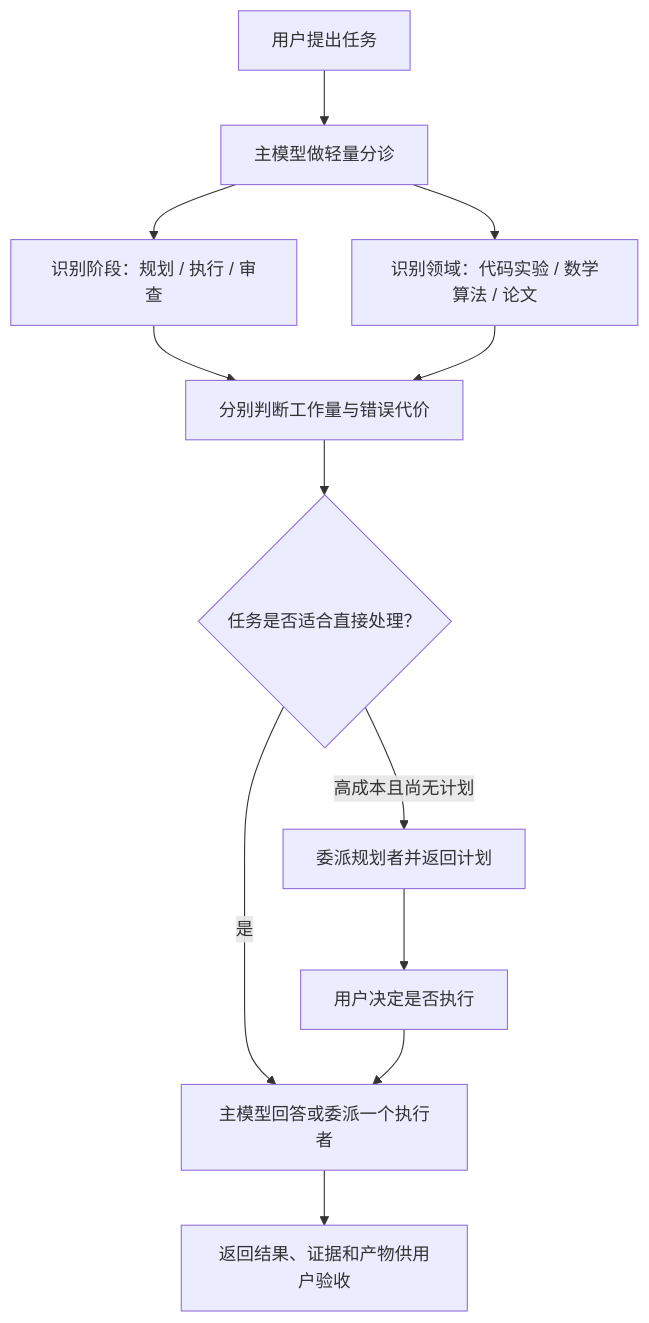
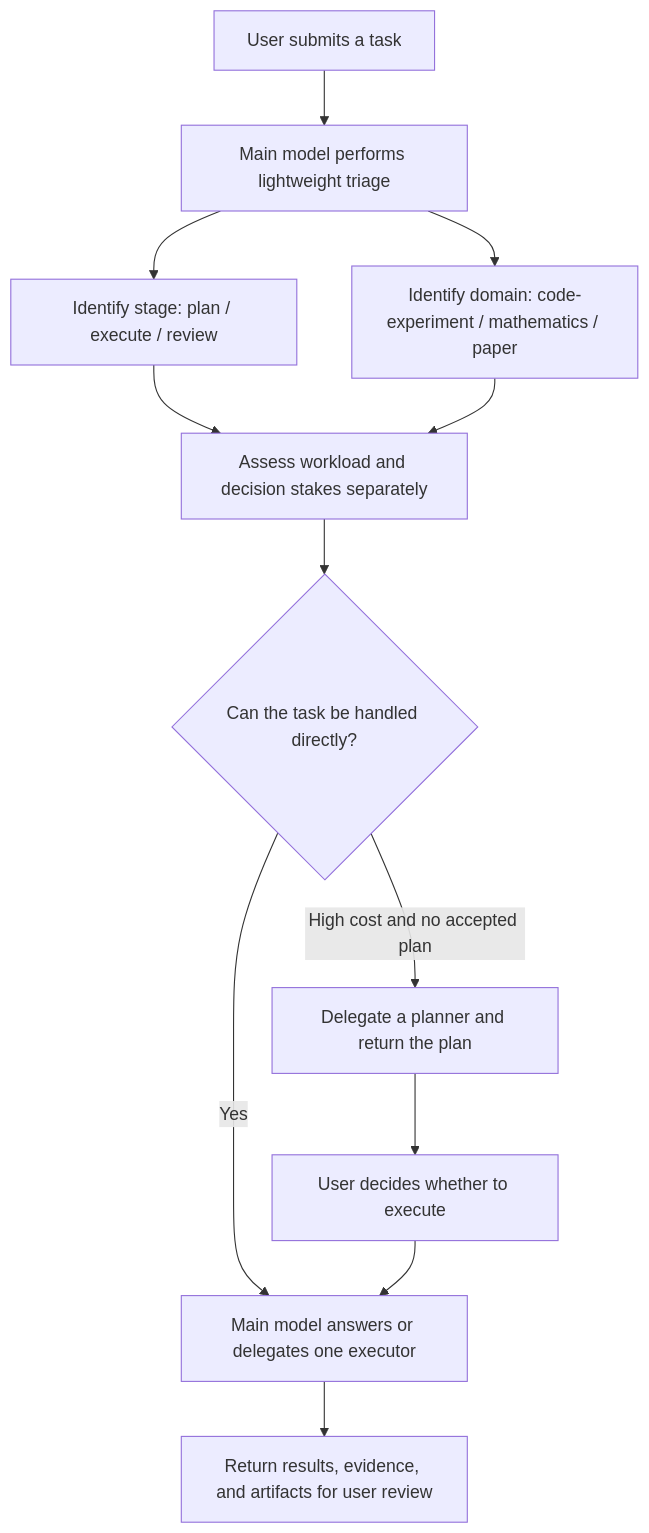
Before and after one commit to Hantao23/agent-academic-squad: the diagram in README.md, drawn with Mermaid. The commit also changed other lines of this file and 1 other file, not shown here.

````diff
--- a/README.md
+++ b/README.md
@@ -24,14 +26,14 @@
 ```mermaid
 flowchart TD
-    A["用户提出任务"] --> B["主模型做轻量分诊"]
-    B --> C["识别阶段：规划 / 执行 / 审查"]
-    B --> D["识别领域：代码实验 / 数学算法 / 论文"]
-    C --> E["分别判断工作量与错误代价"]
+    A["User submits a task"] --> B["Main model performs lightweight triage"]
+    B --> C["Identify stage: plan / execute / review"]
+    B --> D["Identify domain: code-experiment / mathematics / paper"]
+    C --> E["Assess workload and decision stakes separately"]
     D --> E
-    E --> F{"任务是否适合直接处理？"}
-    F -- "是" --> G["主模型回答或委派一个执行者"]
-    F -- "高成本且尚无计划" --> H["委派规划者并返回计划"]
-    H --> I["用户决定是否执行"]
+    E --> F{"Can the task be handled directly?"}
+    F -- "Yes" --> G["Main model answers or delegates one executor"]
+    F -- "High cost and no accepted plan" --> H["Delegate a planner and return the plan"]
+    H --> I["User decides whether to execute"]
     I --> G
-    G --> J["返回结果、证据和产物供用户验收"]
+    G --> J["Return results, evidence, and artifacts for user review"]
 ```
````
